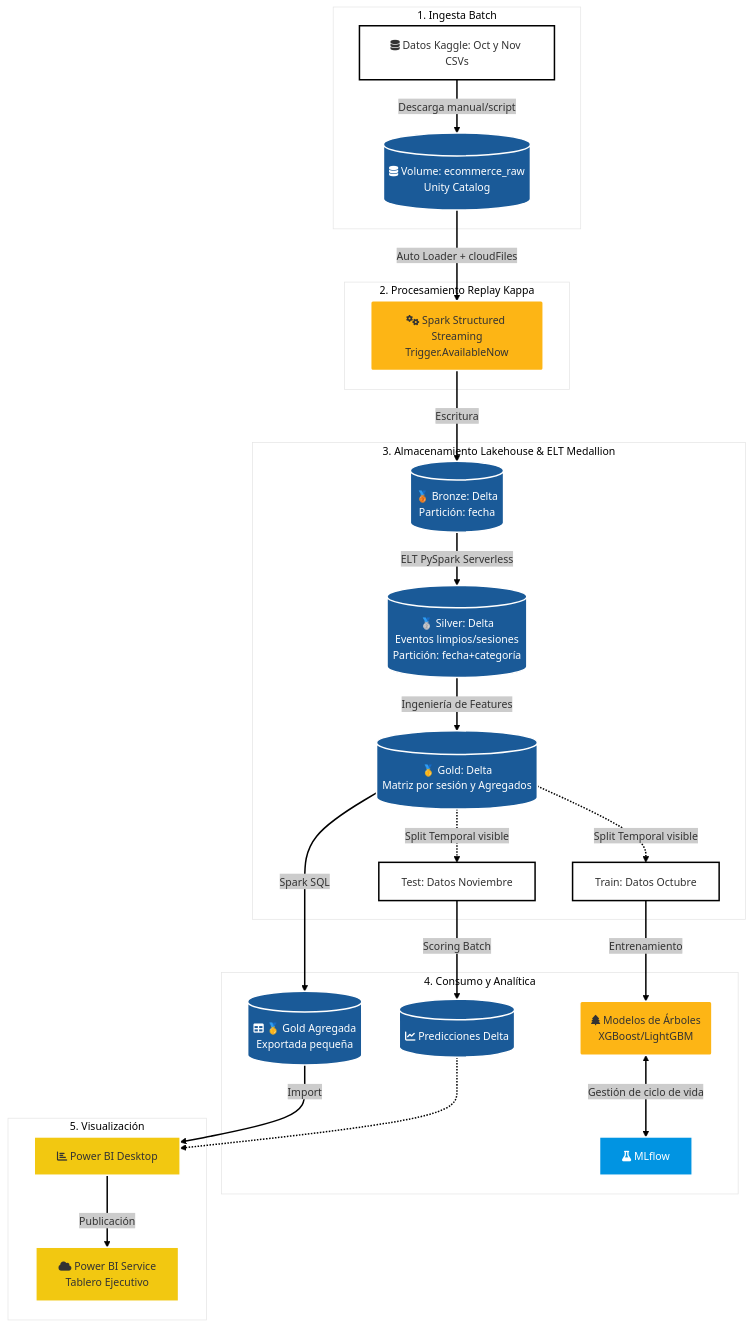
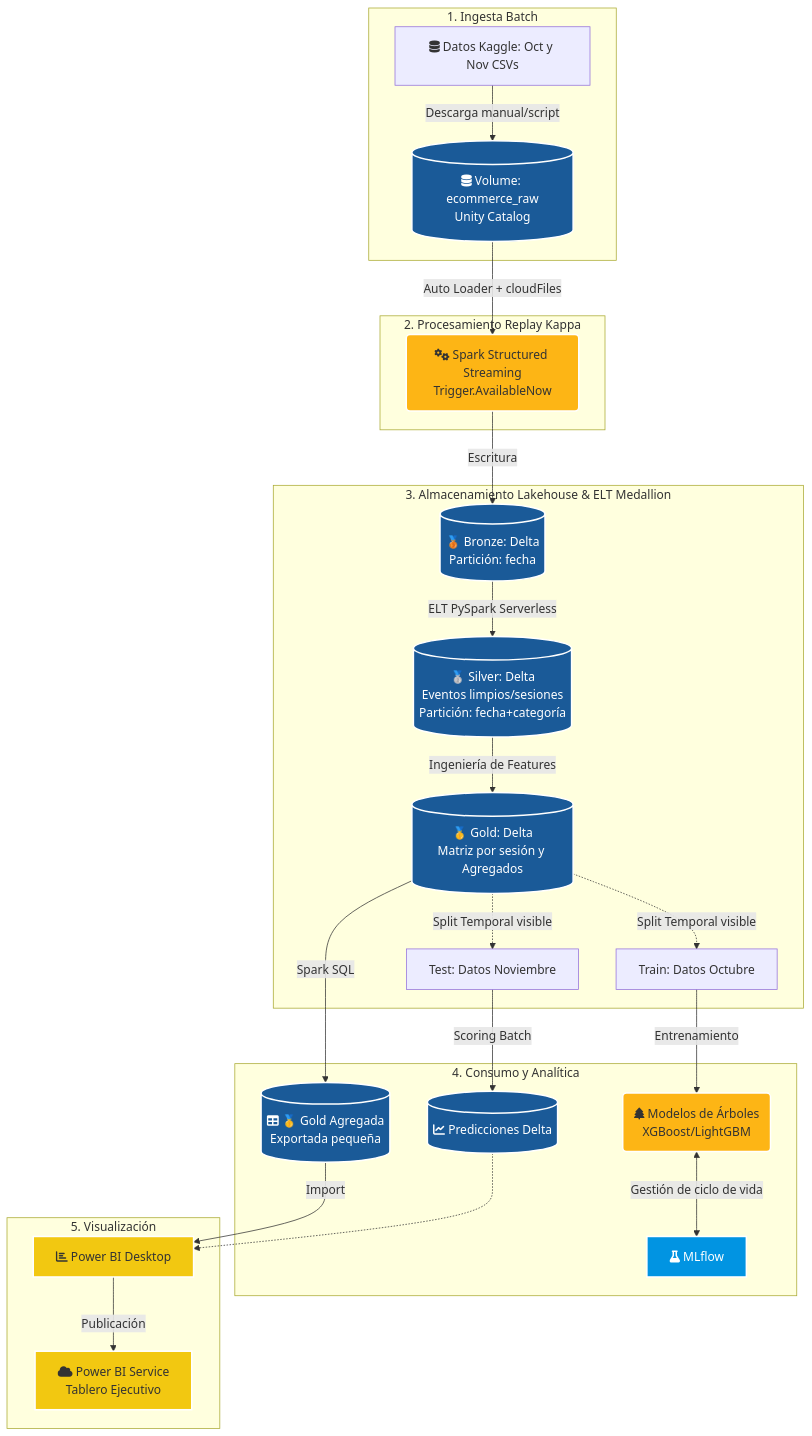
Before and after one commit to HeiderZapata/proyecto-integrador-g8: the first of 2 diagrams in docs/03_propuesta_corregida.md, drawn with Mermaid. The commit also changed other lines of this file, not shown here.

````diff
--- a/docs/03_propuesta_corregida.md
+++ b/docs/03_propuesta_corregida.md
@@ -165,62 +165,58 @@
 ```mermaid
----
-config:
-  layout: fixed
-  theme: neo
----
+
 flowchart TB
  subgraph subGraph0["1. Ingesta Batch"]
         B[("fa:fa-database Volume: ecommerce_raw<br>Unity Catalog")]
         A["fa:fa-database Datos Kaggle: Oct y Nov CSVs"]
   end
  subgraph subGraph1["2. Procesamiento Replay Kappa"]
         C("fa:fa-gears Spark Structured Streaming<br>Trigger.AvailableNow")
   end
  subgraph subGraph2["3. Almacenamiento Lakehouse & ELT Medallion"]
         D[("🥉 Bronze: Delta<br>Partición: fecha")]
         E[("🥈 Silver: Delta<br>Eventos limpios/sesiones<br>Partición: fecha+categoría")]
         F[("🥇 Gold: Delta<br>Matriz por sesión y Agregados")]
         F1["Train: Datos Octubre"]
         F2["Test: Datos Noviembre"]
   end
  subgraph subGraph3["4. Consumo y Analítica"]
         G("fa:fa-tree Modelos de Árboles<br>XGBoost/LightGBM")
         H["fa:fa-flask MLflow"]
         I[("fa:fa-chart-line Predicciones Delta")]
         J[("fa:fa-table 🥇 Gold Agregada<br>Exportada pequeña")]
   end
  subgraph subGraph4["5. Visualización"]
         K["fa:fa-chart-bar Power BI Desktop"]
         L["fa:fa-cloud Power BI Service<br>Tablero Ejecutivo"]
   end
     A -- Descarga manual/script --> B
     B -- Auto Loader + cloudFiles --> C
     C -- Escritura --> D
     D -- ELT PySpark Serverless --> E
     E -- Ingeniería de Features --> F
     F -. Split Temporal visible .-> F1 & F2
     F1 -- Entrenamiento --> G
     G <-- Gestión de ciclo de vida --> H
     F2 -- Scoring Batch --> I
     F -- Spark SQL --> J
     K -- Publicación --> L
     J -- Import --> K
     I -.-> K
 
      B:::storage
      C:::process
      D:::storage
      E:::storage
      F:::storage
      G:::process
      H:::mlflow
      I:::storage
      J:::storage
      K:::bi
      L:::bi
     classDef databricks fill:#FF3621,stroke:#fff,stroke-width:2px,color:#fff
     classDef storage fill:#1A5A98,stroke:#fff,stroke-width:2px,color:#fff
     classDef process fill:#FDB515,stroke:#fff,stroke-width:2px,color:#333
     classDef bi fill:#F2C811,stroke:#fff,stroke-width:2px,color:#333
     classDef mlflow fill:#0194E2,stroke:#fff,stroke-width:2px,color:#fff
 ```
````
